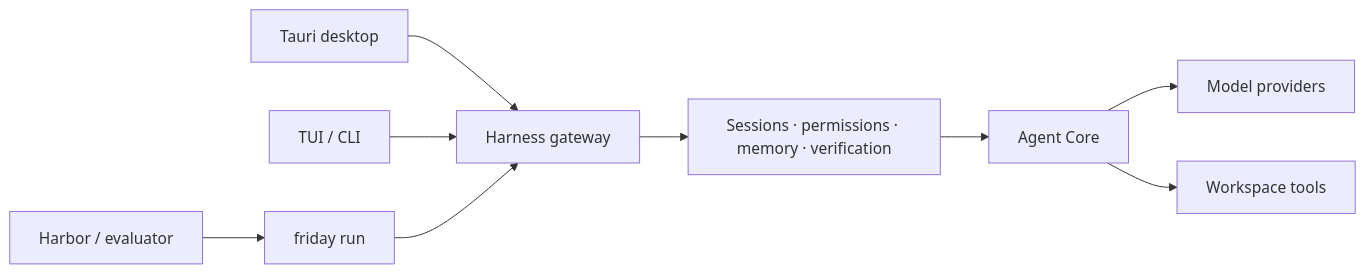
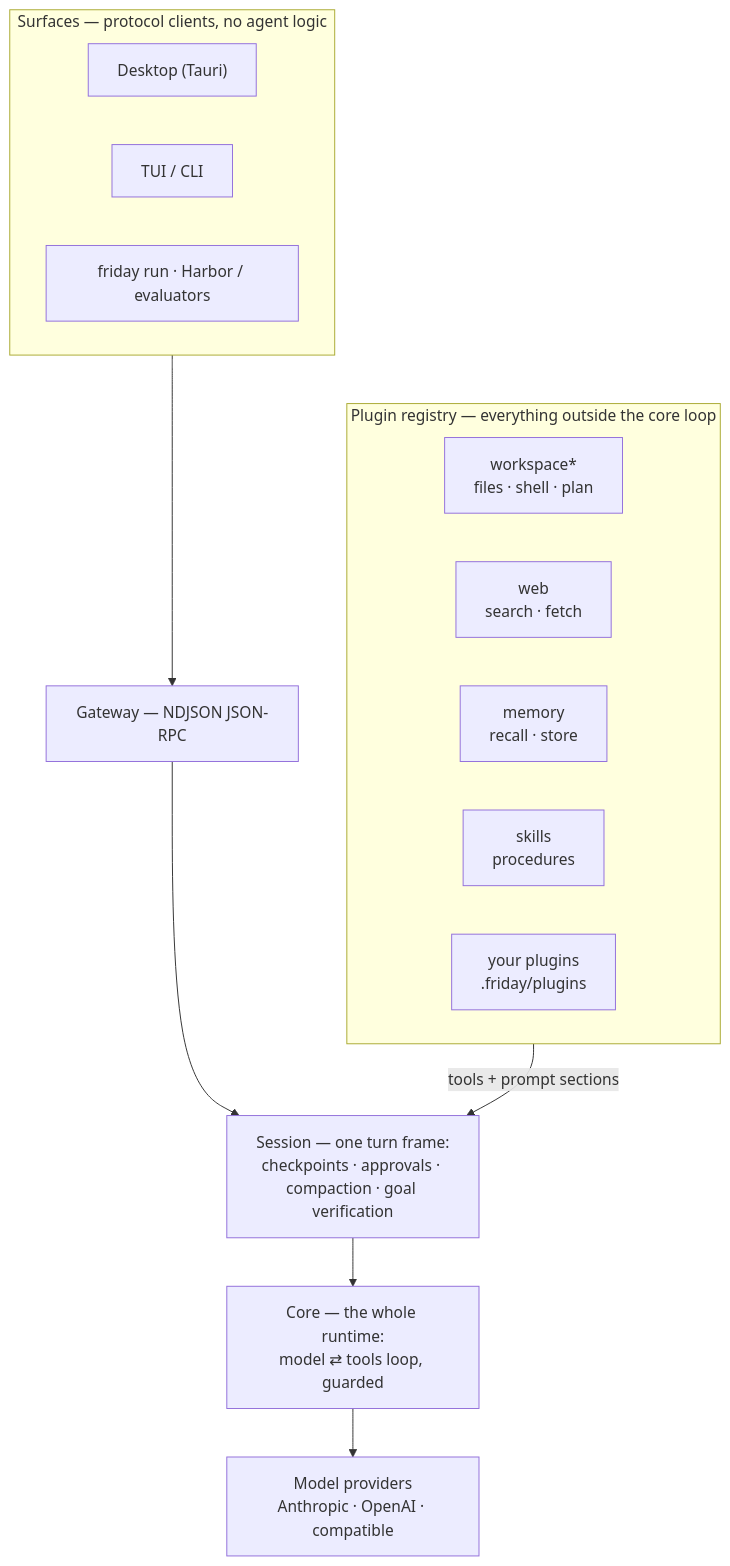
The diagram in README.md (Lancetwang/friday), drawn with Mermaid before and after one commit. The commit also changed other lines of this file and 28 other files, not shown here.

````diff
--- a/README.md
+++ b/README.md
@@ -110,10 +110,22 @@
 ```mermaid
-flowchart LR
-    Desktop["Tauri desktop"] --> Gateway["Harness gateway"]
-    TUI["TUI / CLI"] --> Gateway
-    Eval["Harbor / evaluator"] --> Run["friday run"] --> Gateway
-    Gateway --> Harness["Sessions · permissions · memory · verification"]
-    Harness --> Core["Agent Core"]
-    Core --> Models["Model providers"]
-    Core --> Tools["Workspace tools"]
+flowchart TB
+    subgraph Surfaces["Surfaces — protocol clients, no agent logic"]
+        direction LR
+        Desktop["Desktop (Tauri)"]
+        TUI["TUI / CLI"]
+        Headless["friday run · Harbor / evaluators"]
+    end
+    Surfaces --> Gateway["Gateway — NDJSON JSON-RPC"]
+    Gateway --> Session["Session — one turn frame:<br/>checkpoints · approvals · compaction · goal verification"]
+    subgraph Registry["Plugin registry — everything outside the core loop"]
+        direction LR
+        Workspace["workspace*<br/>files · shell · plan"]
+        Web["web<br/>search · fetch"]
+        Memory["memory<br/>recall · store"]
+        Skills["skills<br/>procedures"]
+        External["your plugins<br/>.friday/plugins"]
+    end
+    Registry -- "tools + prompt sections" --> Session
+    Session --> Core["Core — the whole runtime:<br/>model ⇄ tools loop, guarded"]
+    Core --> Providers["Model providers<br/>Anthropic · OpenAI · compatible"]
 ```
````
